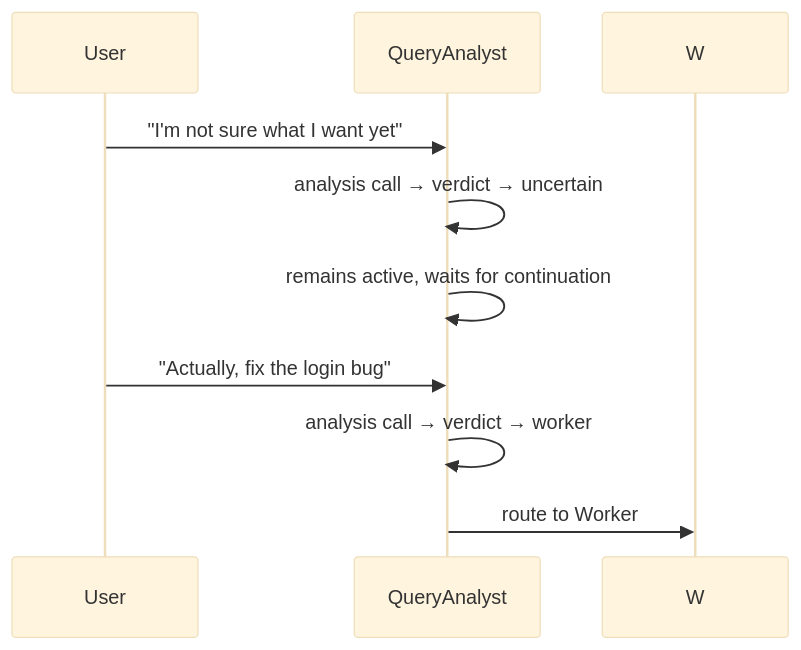
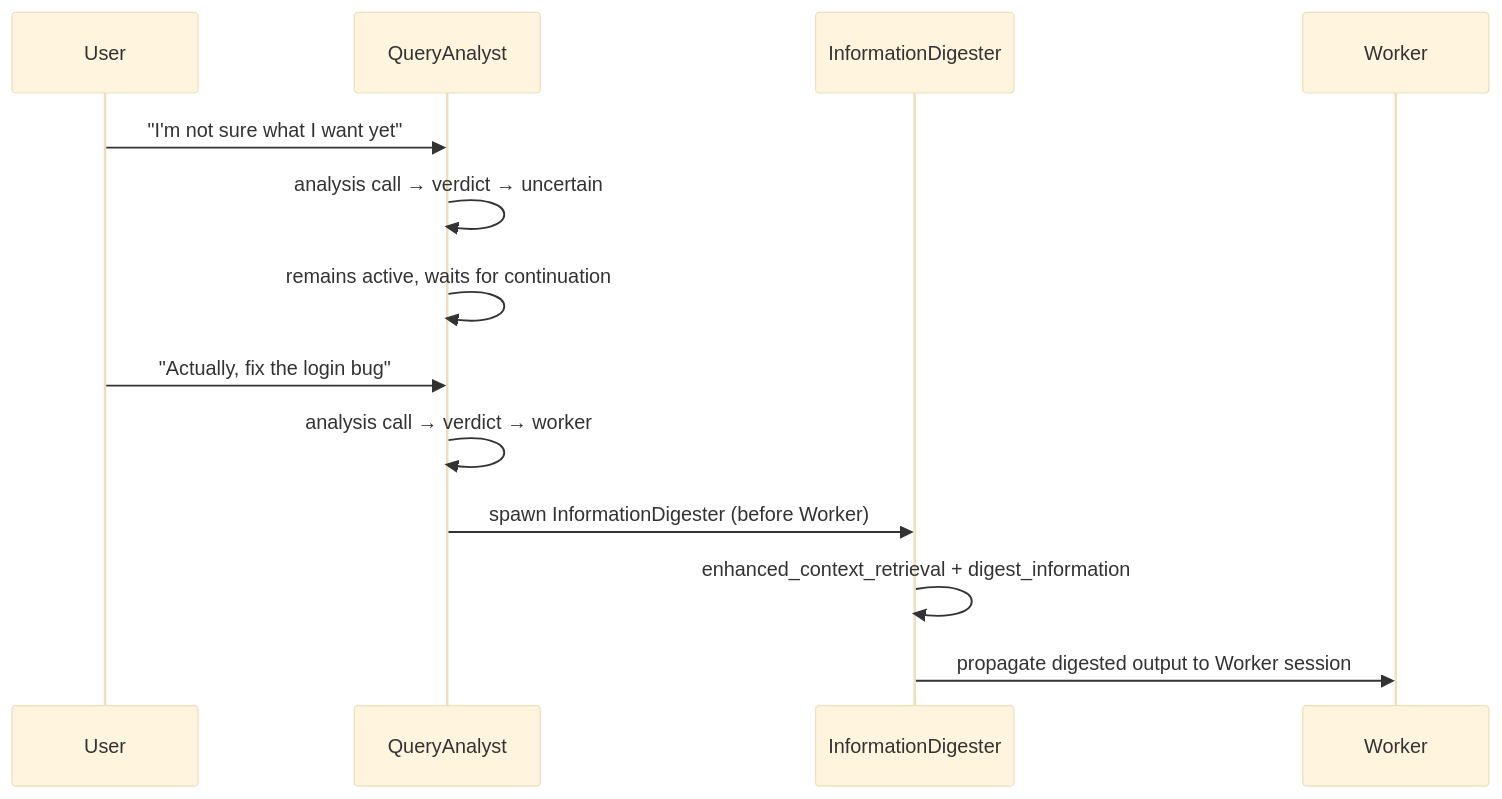
Before and after one commit to VJyzCELERY/TINYCUA: the eighth of 17 diagrams in src/tinycua/docs/design/loops/expected_scenarios.md, drawn with Mermaid (base theme). The commit also changed other lines of this file and 5 other files, not shown here.

First line of the commit message:
fix(design): spawn InformationDigester before WorkerNode for better routing context (#117)

````diff
--- a/src/tinycua/docs/design/loops/expected_scenarios.md
+++ b/src/tinycua/docs/design/loops/expected_scenarios.md
@@ -223,12 +233,16 @@
 ```mermaid
 sequenceDiagram
     participant User
     participant QA as QueryAnalyst
+    participant ID as InformationDigester
+    participant W as Worker
 
     User->>QA: "I'm not sure what I want yet"
     QA->>QA: analysis call → verdict → uncertain
     QA->>QA: remains active, waits for continuation
     User->>QA: "Actually, fix the login bug"
     QA->>QA: analysis call → verdict → worker
-    QA->>W: route to Worker
+    QA->>ID: spawn InformationDigester (before Worker)
+    ID->>ID: enhanced_context_retrieval + digest_information
+    ID->>W: propagate digested output to Worker session
 ```
````
